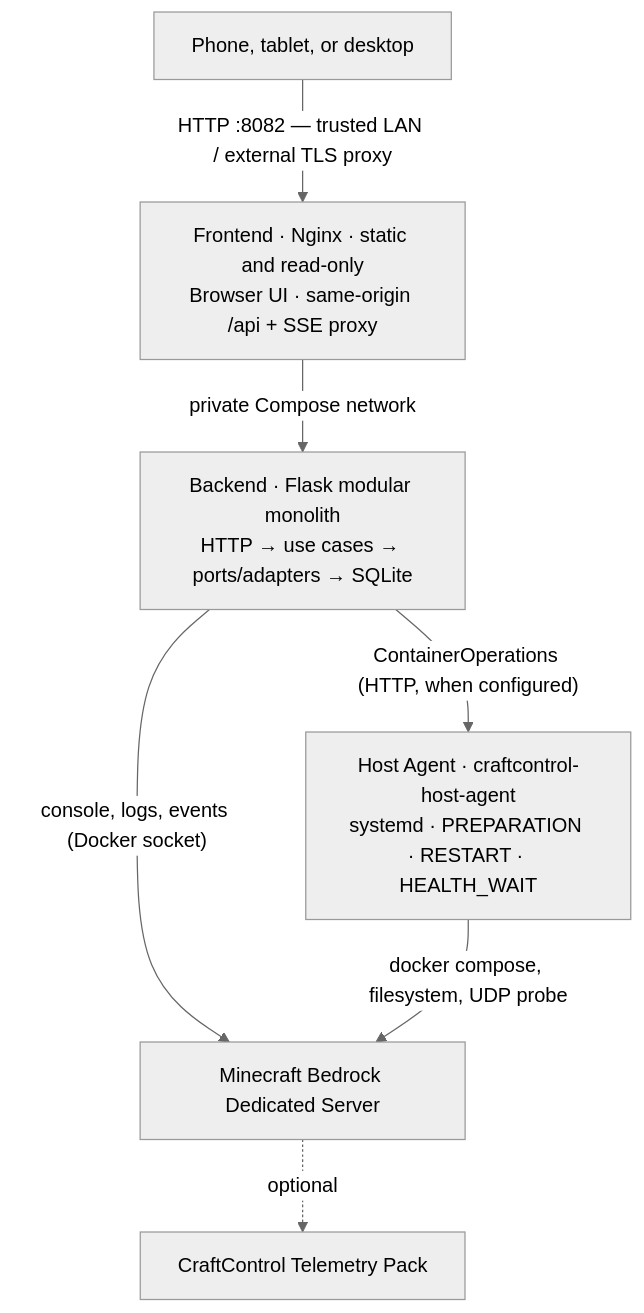
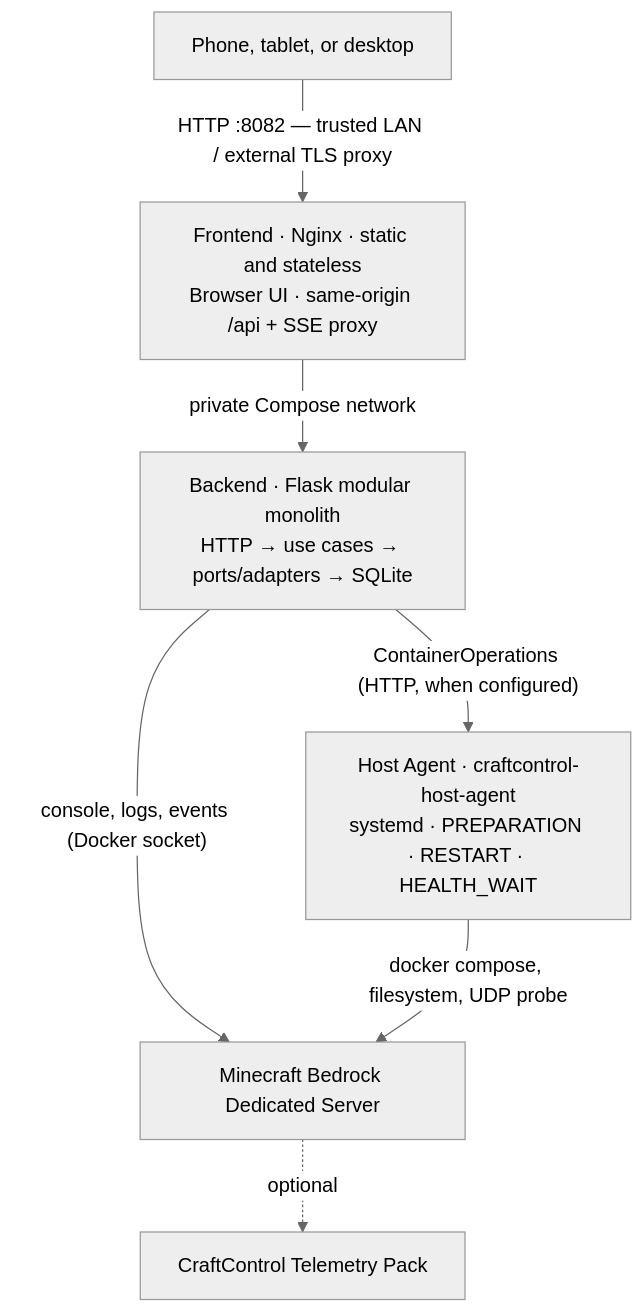
One commit to dgaramos/craftcontrol changed the first of 5 diagrams in README.md. Above: the diagram before and after it, drawn with Mermaid (neutral theme). The commit also changed 1 other file, not shown here.

Commit message:
docs(readme): clarify frontend statelessness (#330)

````diff
--- a/README.md
+++ b/README.md
@@ -59,9 +59,9 @@
 ```mermaid
 flowchart TD
-    client["Phone, tablet, or desktop"] -->|"HTTP :8082 — trusted LAN / external TLS proxy"| frontend["Frontend · Nginx · static and read-only<br/>Browser UI · same-origin /api + SSE proxy"]
+    client["Phone, tablet, or desktop"] -->|"HTTP :8082 — trusted LAN / external TLS proxy"| frontend["Frontend · Nginx · static and stateless<br/>Browser UI · same-origin /api + SSE proxy"]
     frontend -->|"private Compose network"| backend["Backend · Flask modular monolith<br/>HTTP → use cases → ports/adapters → SQLite"]
     backend -->|"console, logs, events (Docker socket)"| bedrock["Minecraft Bedrock Dedicated Server"]
     backend -->|"ContainerOperations (HTTP, when configured)"| hostagent["Host Agent · craftcontrol-host-agent<br/>systemd · PREPARATION · RESTART · HEALTH_WAIT"]
     hostagent -->|"docker compose, filesystem, UDP probe"| bedrock
     bedrock -. "optional" .-> telemetry["CraftControl Telemetry Pack"]
 ```
````
